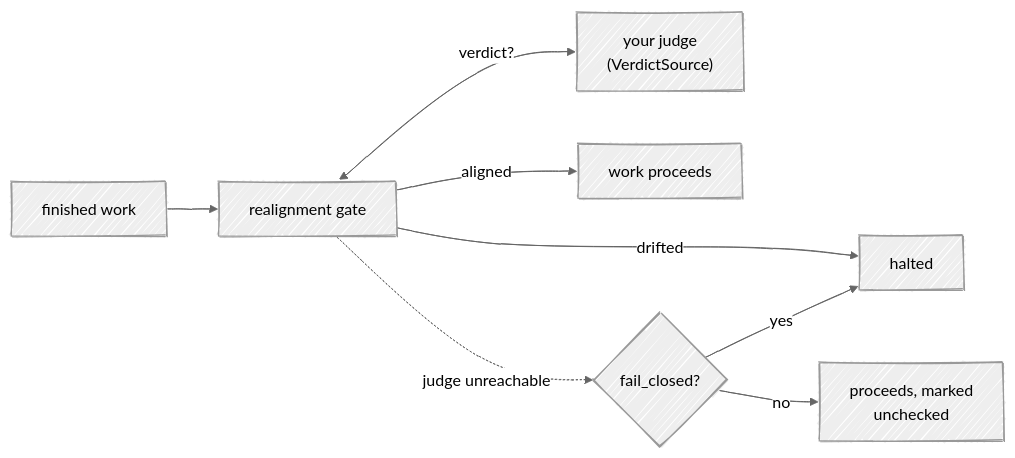
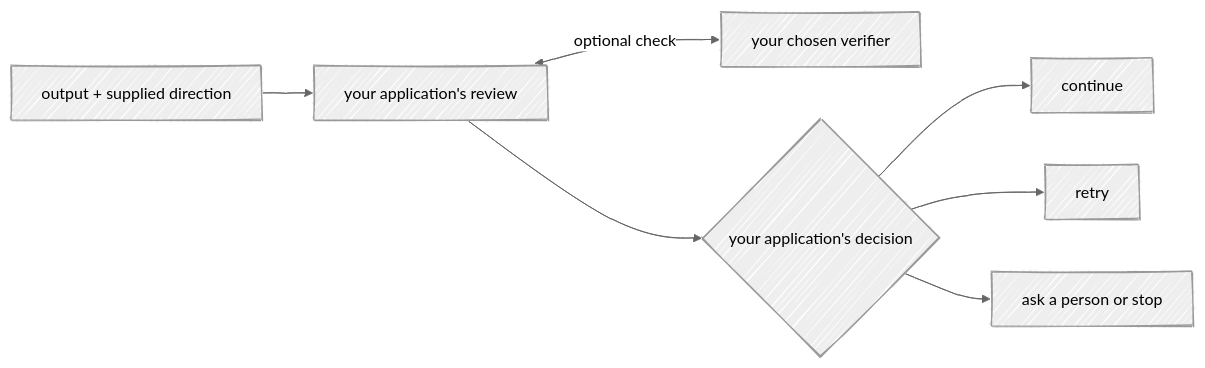
Before and after one commit to cizambra/kyno: the third of 3 diagrams in docs/adapters.md, drawn with Mermaid. The commit also changed other lines of this file and 12 other files, not shown here.

````diff
--- a/docs/adapters.md
+++ b/docs/adapters.md
@@ -224,15 +229,14 @@
 ```mermaid
 ---
 config:
   look: handDrawn
   theme: neutral
 ---
 flowchart LR
-  W["finished work"] --> G["realignment gate"]
-  G <-- "verdict?" --> J["your judge<br/>(VerdictSource)"]
-  G -- "aligned" --> OK["work proceeds"]
-  G -- "drifted" --> ST["halted"]
-  G -. "judge unreachable" .-> P{"fail_closed?"}
-  P -- "no" --> UN["proceeds, marked<br/>unchecked"]
-  P -- "yes" --> ST
+  W["output + supplied direction"] --> R["your application's review"]
+  R <-- "optional check" --> V["your chosen verifier"]
+  R --> D{"your application's decision"}
+  D --> OK["continue"]
+  D --> RETRY["retry"]
+  D --> HUMAN["ask a person or stop"]
 ```
````
